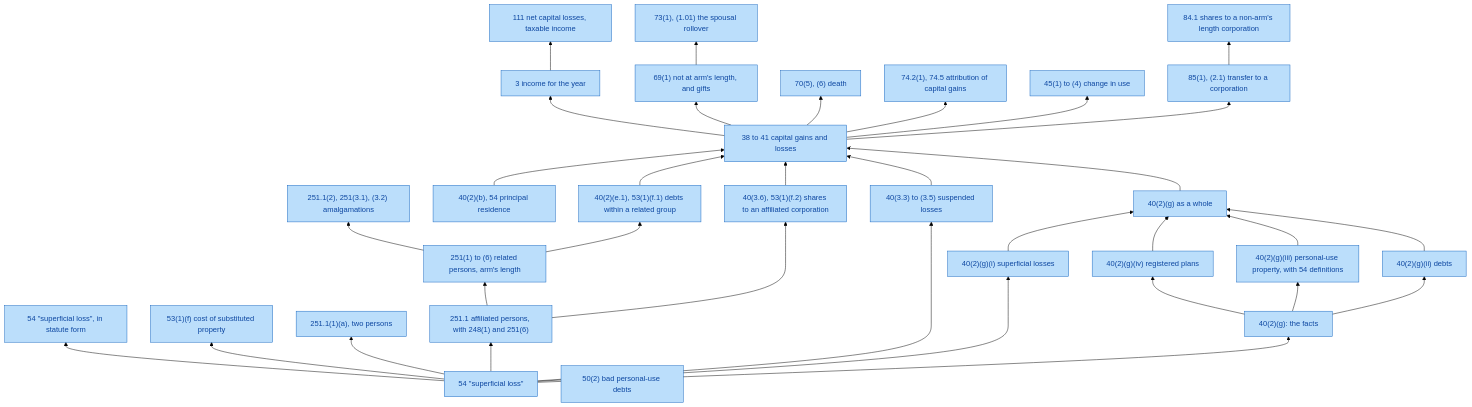
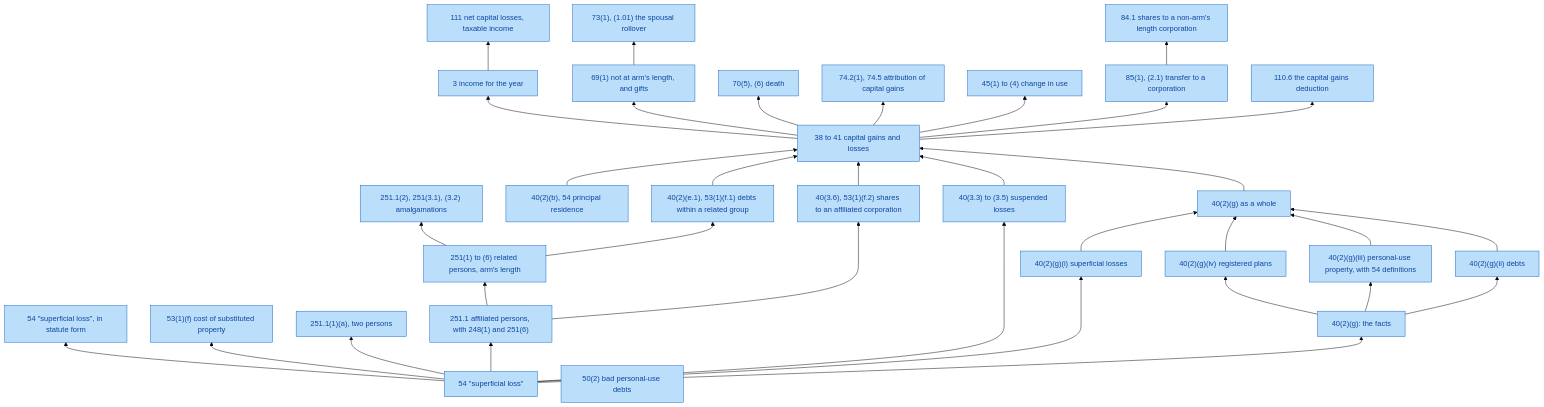
One commit to SeanWMurray/Canteen changed the diagram in docs/graphs/provisions.md. Above: the diagram before and after it, drawn with Mermaid (forest theme). The commit also changed 16 other files, not shown here.

First line of the commit message:
Encode the capital gains deduction: 110.6(1) and (2.1)

````diff
--- a/docs/graphs/provisions.md
+++ b/docs/graphs/provisions.md
@@ -7,64 +7,66 @@
 ```mermaid
 flowchart BT
   v0["54 #quot;superficial loss#quot;"]:::prov
   v1["40(2)(g)(i) superficial losses"]:::prov
   v2["54 #quot;superficial loss#quot;, in statute form"]:::prov
   v3["53(1)(f) cost of substituted property"]:::prov
   v4["251.1(1)(a), two persons"]:::prov
   v5["251.1 affiliated persons, with 248(1) and 251(6)"]:::prov
   v6["251(1) to (6) related persons, arm's length"]:::prov
   v7["251.1(2), 251(3.1), (3.2) amalgamations"]:::prov
   v8["40(2)(g): the facts"]:::prov
   v9["40(2)(g)(ii) debts"]:::prov
   v10["40(2)(g)(iii) personal-use property, with 54 definitions"]:::prov
   v11["40(2)(g)(iv) registered plans"]:::prov
   v12["40(2)(g) as a whole"]:::prov
   v13["40(3.3) to (3.5) suspended losses"]:::prov
   v14["40(3.6), 53(1)(f.2) shares to an affiliated corporation"]:::prov
   v15["40(2)(e.1), 53(1)(f.1) debts within a related group"]:::prov
   v16["40(2)(b), 54 principal residence"]:::prov
   v17["38 to 41 capital gains and losses"]:::prov
   v18["3 income for the year"]:::prov
   v19["111 net capital losses, taxable income"]:::prov
   v20["69(1) not at arm's length, and gifts"]:::prov
   v21["73(1), (1.01) the spousal rollover"]:::prov
   v22["70(5), (6) death"]:::prov
   v23["74.2(1), 74.5 attribution of capital gains"]:::prov
   v24["45(1) to (4) change in use"]:::prov
   v25["85(1), (2.1) transfer to a corporation"]:::prov
   v26["84.1 shares to a non-arm's length corporation"]:::prov
-  v27["50(2) bad personal-use debts"]:::prov
+  v27["110.6 the capital gains deduction"]:::prov
+  v28["50(2) bad personal-use debts"]:::prov
   v0 --> v1
   v0 --> v2
   v0 --> v3
   v0 --> v4
   v0 --> v5
   v5 --> v6
   v6 --> v7
   v0 --> v8
   v8 --> v9
   v8 --> v10
   v8 --> v11
   v9 --> v12
   v10 --> v12
   v11 --> v12
   v1 --> v12
   v0 --> v13
   v5 --> v14
   v6 --> v15
   v12 --> v17
   v13 --> v17
   v14 --> v17
   v15 --> v17
   v16 --> v17
   v17 --> v18
   v18 --> v19
   v17 --> v20
   v20 --> v21
   v17 --> v22
   v17 --> v23
   v17 --> v24
   v17 --> v25
   v25 --> v26
+  v17 --> v27
   classDef prov fill:#bbdefb,stroke:#1565c0,color:#0d47a1
 ```
````
